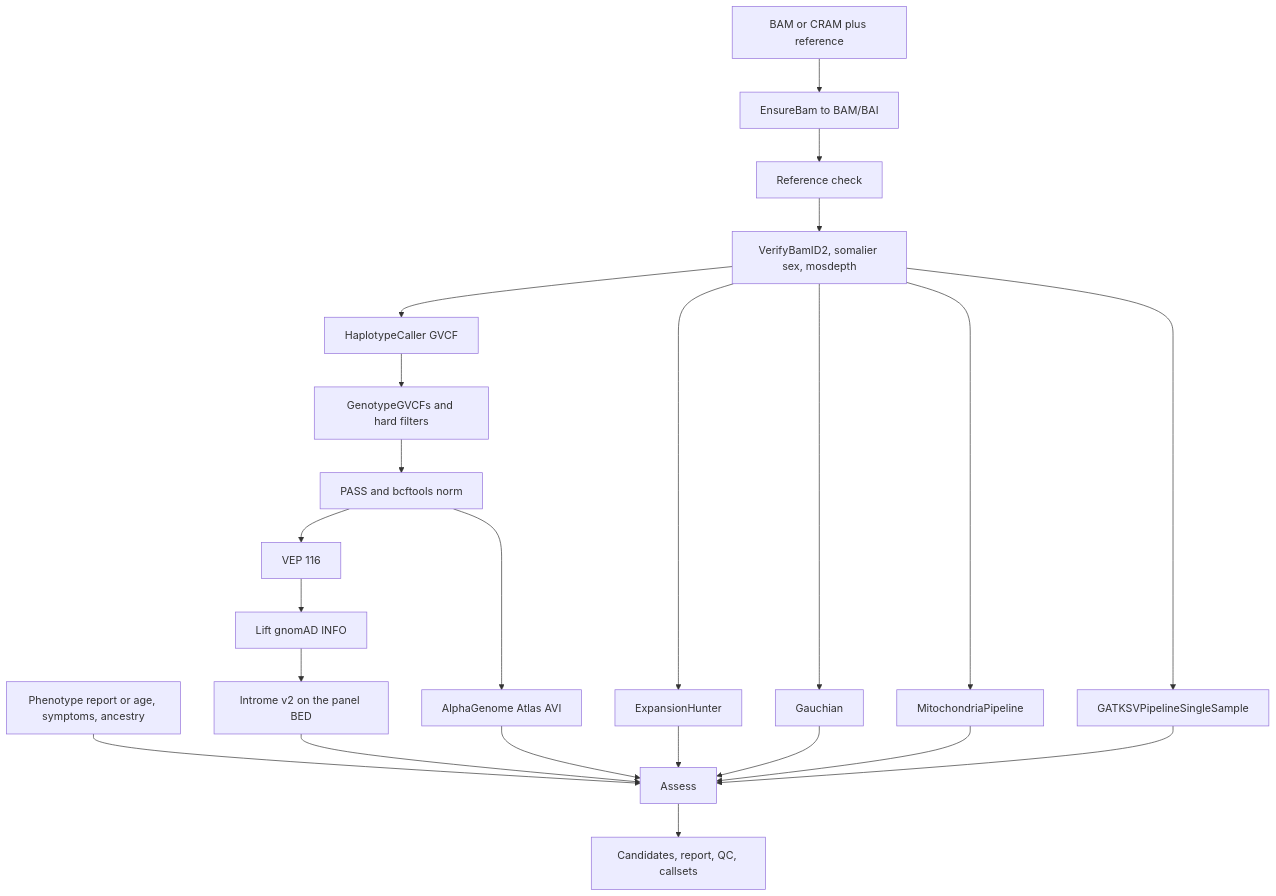
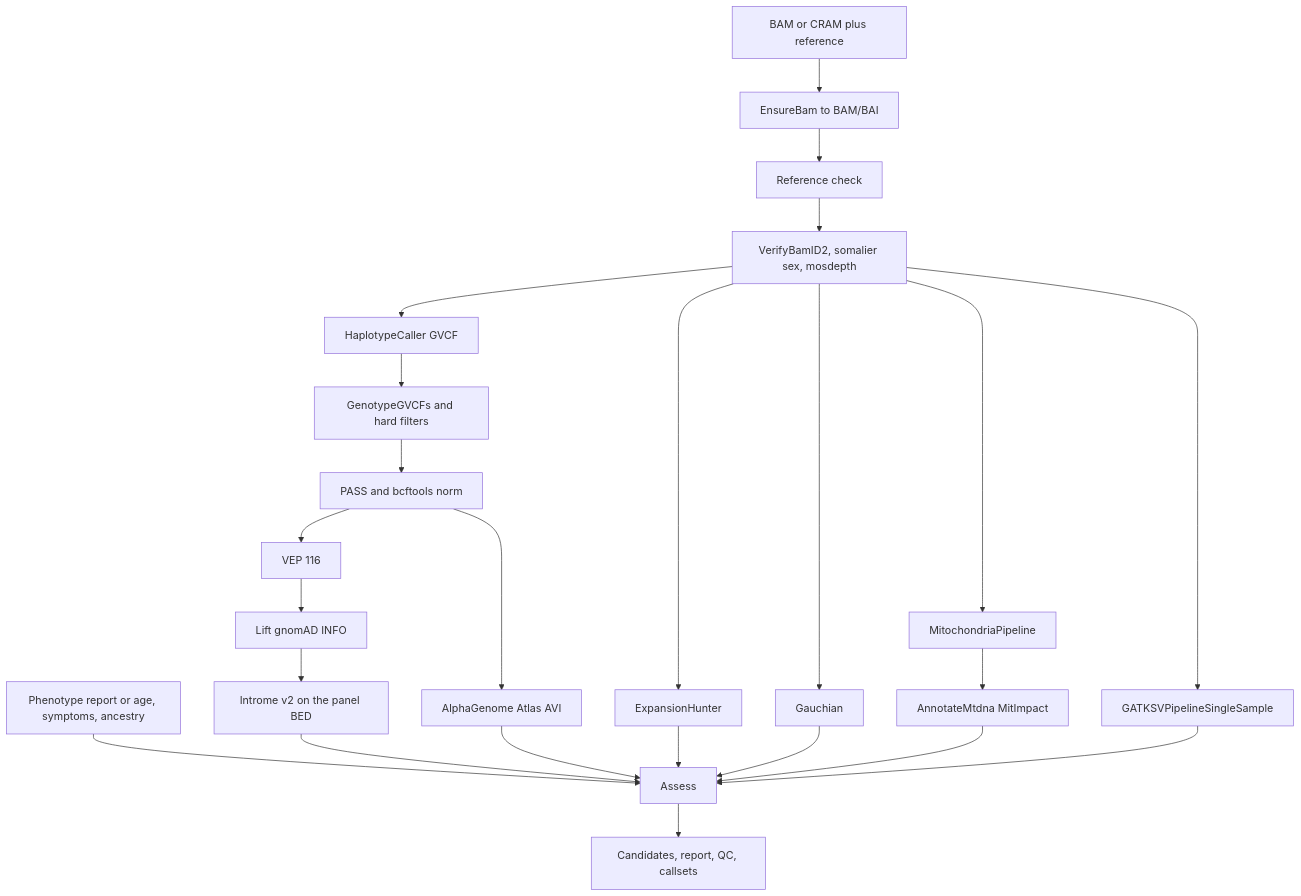
One commit to gqworks/pdsample-terra changed the diagram in README.md. Above: the diagram before and after it, drawn with Mermaid. The commit also changed other lines of this file and 19 other files, not shown here.

First line of the commit message:
Annotate mtDNA with MitImpact and promote high-evidence hits.

````diff
--- a/README.md
+++ b/README.md
@@ -5,25 +5,26 @@
 ```mermaid
 flowchart TD
   bam[BAM or CRAM plus reference] --> ensure[EnsureBam to BAM/BAI]
   ensure --> check[Reference check]
   check --> qc[VerifyBamID2, somalier sex, mosdepth]
   qc --> hc[HaplotypeCaller GVCF]
   hc --> gt[GenotypeGVCFs and hard filters]
   gt --> norm[PASS and bcftools norm]
   norm --> vep[VEP 116]
   vep --> lift[Lift gnomAD INFO]
   lift --> introme[Introme v2 on the panel BED]
   norm --> avi[AlphaGenome Atlas AVI]
   qc --> eh[ExpansionHunter]
   qc --> gba[Gauchian]
   qc --> mito[MitochondriaPipeline]
+  mito --> mitoAnn[AnnotateMtdna MitImpact]
   qc --> gatksv[GATKSVPipelineSingleSample]
   pheno[Phenotype report or age, symptoms, ancestry] --> assess[Assess]
   introme --> assess
   avi --> assess
   eh --> assess
   gba --> assess
-  mito --> assess
+  mitoAnn --> assess
   gatksv --> assess
   assess --> row[Candidates, report, QC, callsets]
 ```
````
